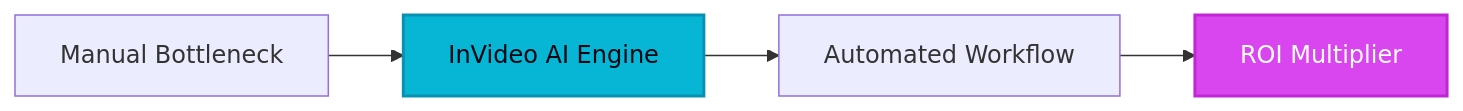
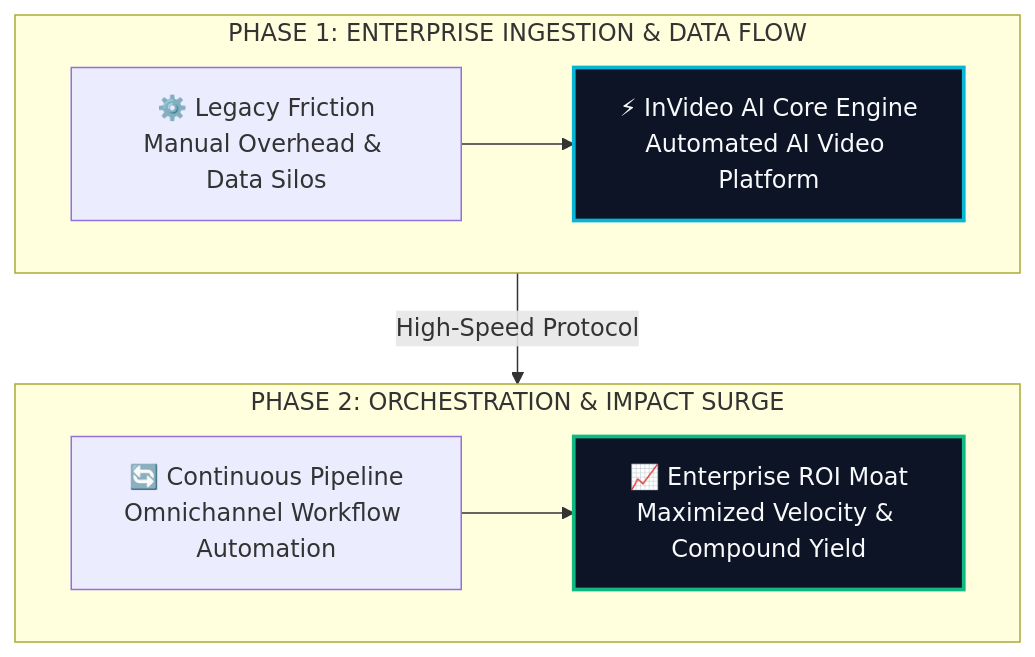
One commit to heliatech-media/saas-radar changed the diagram in site/src/content/blog/invideo-ai-evolution-guide-2026.md. Above: the diagram before and after it, drawn with Mermaid. The commit also changed 97 other files, not shown here.

First line of the commit message:
feat(diagrams): upgrade all article architecture schemas to high-impact 2-tier responsive vector blueprints

````diff
--- a/site/src/content/blog/invideo-ai-evolution-guide-2026.md
+++ b/site/src/content/blog/invideo-ai-evolution-guide-2026.md
@@ -66,8 +66,14 @@
 ```mermaid
-flowchart LR
-    A[Manual Bottleneck] --> B[InVideo AI Engine]
-    B --> C[Automated Workflow]
-    C --> D[ROI Multiplier]
-    style B fill:#06b6d4,stroke:#0891b2,stroke-width:2px,color:#030712
-    style D fill:#d946ef,stroke:#c026d3,stroke-width:2px,color:#ffffff
+flowchart TD
+    subgraph S1["PHASE 1: ENTERPRISE INGESTION & DATA FLOW"]
+        direction LR
+        A["⚙️ Legacy Friction<br/>Manual Overhead & Data Silos"] --> B["⚡ InVideo AI Core Engine<br/>Automated AI Video Platform"]
+    end
+    subgraph S2["PHASE 2: ORCHESTRATION & IMPACT SURGE"]
+        direction LR
+        C["🔄 Continuous Pipeline<br/>Omnichannel Workflow Automation"] --> D["📈 Enterprise ROI Moat<br/>Maximized Velocity & Compound Yield"]
+    end
+    S1 -->|High-Speed Protocol| S2
+    style B fill:#0c1425,stroke:#06b6d4,stroke-width:2.5px,color:#f8fafc
+    style D fill:#0c1425,stroke:#10b981,stroke-width:2.5px,color:#f8fafc
 ```
````
